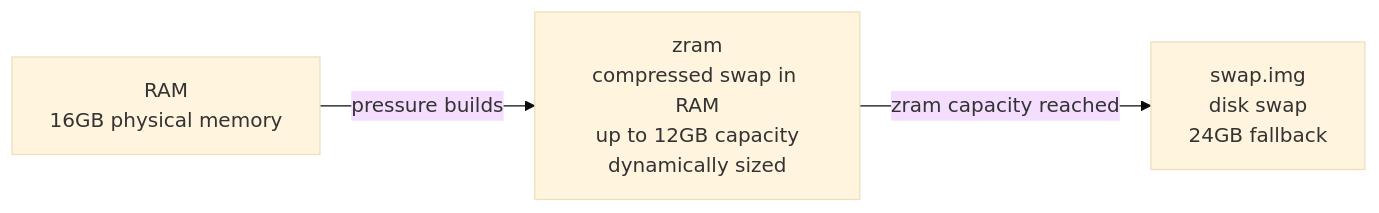
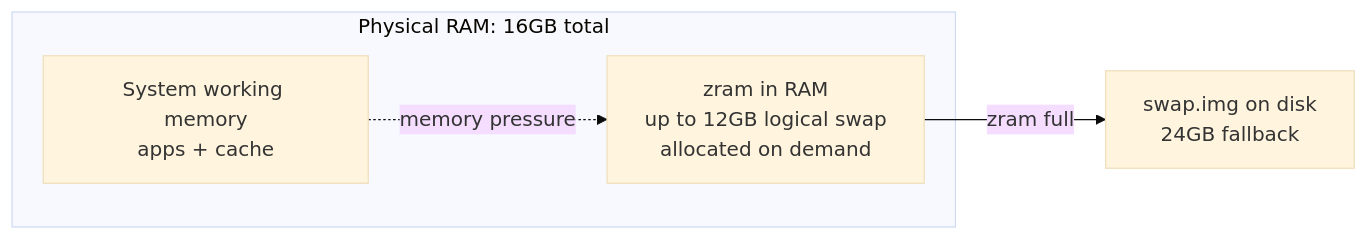
One commit to jlucas-oqc/playgound changed the first of 2 diagrams in docs/swap_config.md. Above: the diagram before and after it, drawn with Mermaid (base theme). The commit also changed other lines of this file, not shown here.

Commit message:
docs: add 32GB memory config diagram and fix Mermaid syntax

````diff
--- a/docs/swap_config.md
+++ b/docs/swap_config.md
@@ -15,5 +18,10 @@
 ```mermaid
 flowchart LR
-    A[RAM\n16GB physical memory] -->|pressure builds| B[zram\ncompressed swap in RAM\nup to 12GB capacity\ndynamically sized]
-    B -->|zram capacity reached| C[swap.img\ndisk swap\n24GB fallback]
+    subgraph RAM16[Physical RAM: 16GB total]
+        SYS16[System working memory<br/>apps + cache]
+        Z16[zram in RAM<br/>up to 12GB logical swap<br/>allocated on demand]
+    end
+
+    SYS16 -. memory pressure .-> Z16
+    Z16 -->|zram full| D16[swap.img on disk<br/>24GB fallback]
 ```
````
